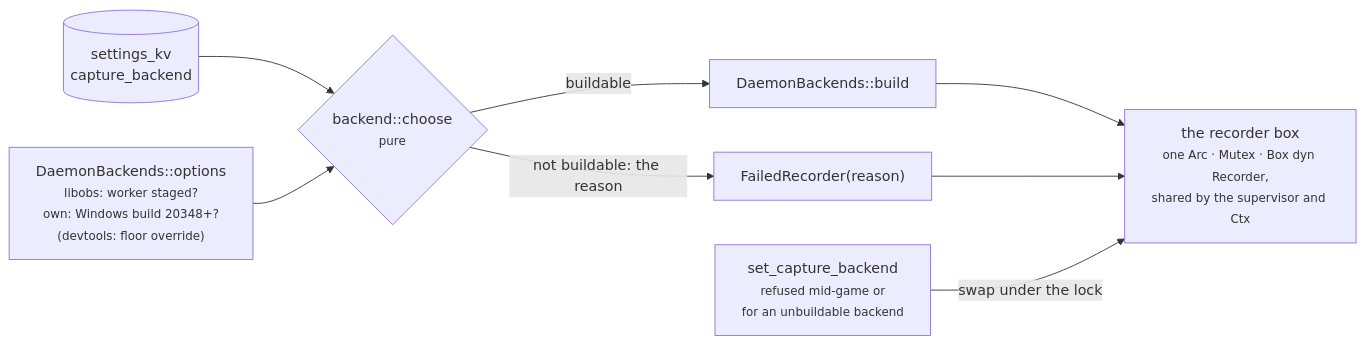
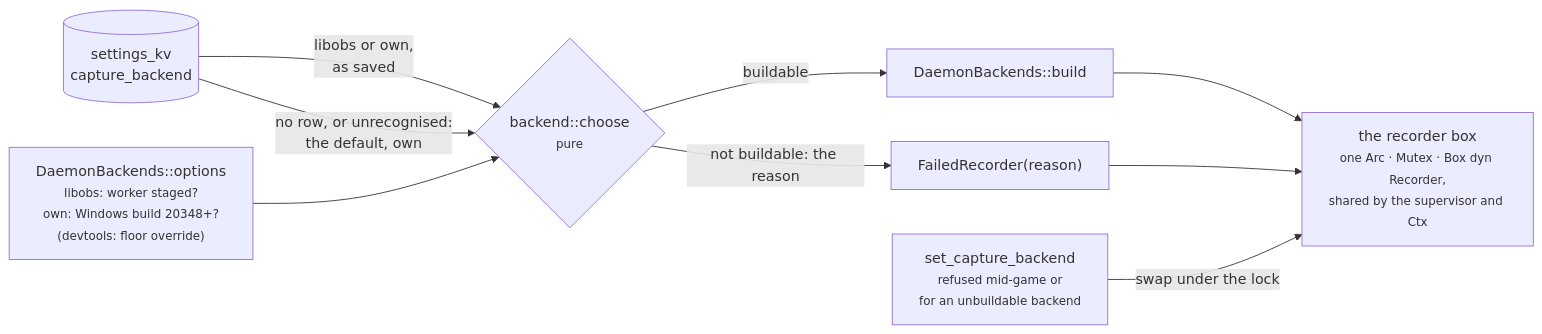
The sixth of 10 diagrams in docs/architecture.md (NinjaGoldfinch/ninja-recorder), drawn with Mermaid before and after one commit. The commit also changed other lines of this file and 15 other files, not shown here.

First line of the commit message:
feat(recorder): make own the default capture backend

````diff
--- a/docs/architecture.md
+++ b/docs/architecture.md
@@ -315,10 +315,11 @@
 ```mermaid
 flowchart LR
-    KV[("settings_kv<br/>capture_backend")] --> C{"backend::choose<br/><small>pure</small>"}
+    KV[("settings_kv<br/>capture_backend")] -->|"libobs or own,<br/>as saved"| C{"backend::choose<br/><small>pure</small>"}
+    KV -->|"no row, or unrecognised:<br/>the default, own"| C
     OPT["DaemonBackends::options<br/><small>libobs: worker staged?<br/>own: Windows build 20348+?<br/>(devtools: floor override)</small>"] --> C
     C -->|"buildable"| B["DaemonBackends::build"]
     C -->|"not buildable: the reason"| F["FailedRecorder(reason)"]
     B --> BOX["the recorder box<br/><small>one Arc · Mutex · Box dyn Recorder,<br/>shared by the supervisor and Ctx</small>"]
     F --> BOX
     SET["set_capture_backend<br/><small>refused mid-game or<br/>for an unbuildable backend</small>"] -->|"swap under the lock"| BOX
 ```
````
